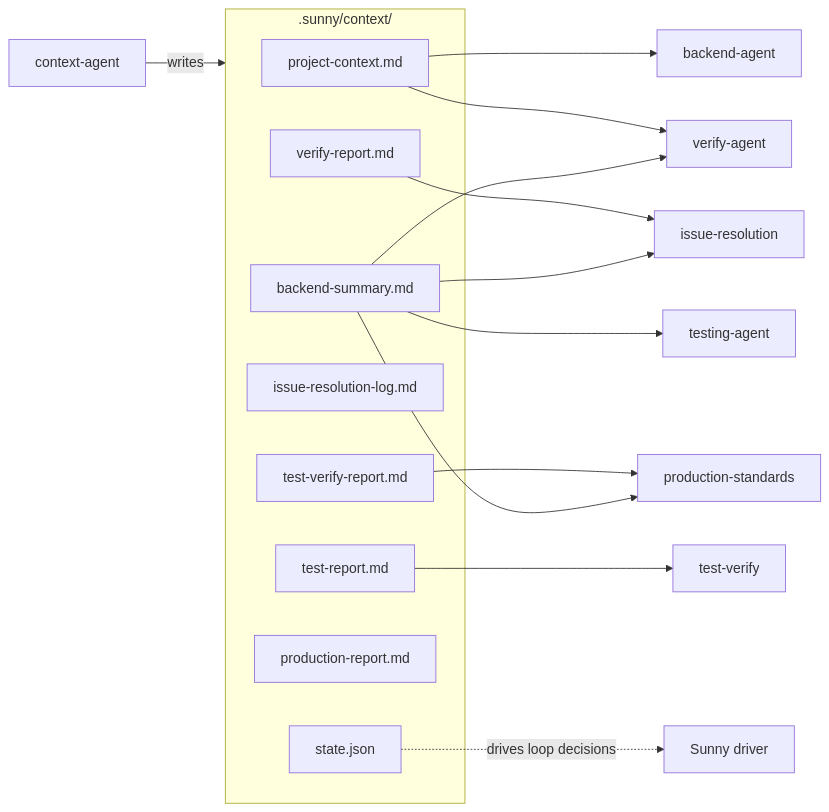
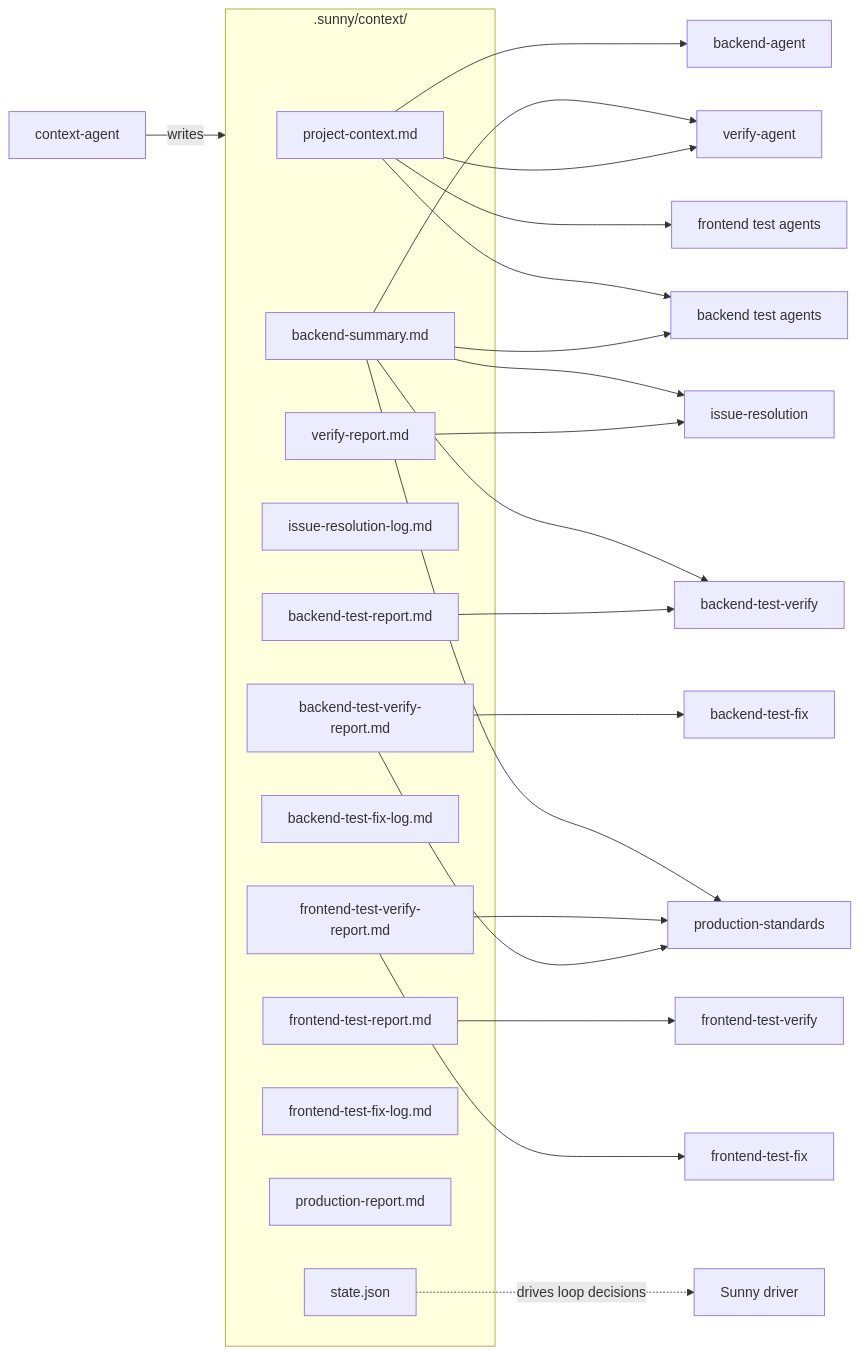
Before and after one commit to priyam-qo-box/agents: the seventh of 8 diagrams in .cursor/agents/ARCHITECTURE.md, drawn with Mermaid. The commit also changed other lines of this file and 18 other files, not shown here.

````diff
--- a/.cursor/agents/ARCHITECTURE.md
+++ b/.cursor/agents/ARCHITECTURE.md
@@ -196,26 +228,37 @@
 ```mermaid
 flowchart LR
     subgraph store [".sunny/context/"]
         PC[project-context.md]
         BS[backend-summary.md]
         VR[verify-report.md]
         IRL[issue-resolution-log.md]
-        TR[test-report.md]
-        TVR[test-verify-report.md]
+        BTR[backend-test-report.md]
+        BTVR[backend-test-verify-report.md]
+        BTFL[backend-test-fix-log.md]
+        FTR[frontend-test-report.md]
+        FTVR[frontend-test-verify-report.md]
+        FTFL[frontend-test-fix-log.md]
         PR[production-report.md]
         ST[state.json]
     end
 
     Ctx[context-agent] -->|writes| store
 
     PC --> BE[backend-agent]
     PC --> VER[verify-agent]
     BS --> VER
     VR --> FIX[issue-resolution]
     BS --> FIX
-    BS --> TEST[testing-agent]
-    TR --> TVER[test-verify]
-    TVR --> PROD[production-standards]
+    BS --> BTEST[backend test agents]
+    PC --> BTEST
+    BTR --> BTV[backend-test-verify]
+    BS --> BTV
+    BTVR --> BTFIX[backend-test-fix]
+    PC --> FTEST[frontend test agents]
+    FTR --> FTV[frontend-test-verify]
+    FTVR --> FTFIX[frontend-test-fix]
+    BTVR --> PROD[production-standards]
+    FTVR --> PROD
     BS --> PROD
     ST -.drives loop decisions.-> Driver[Sunny driver]
 ```
````
